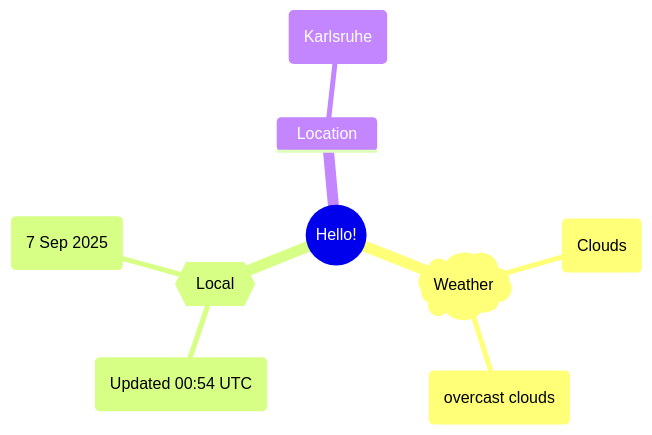
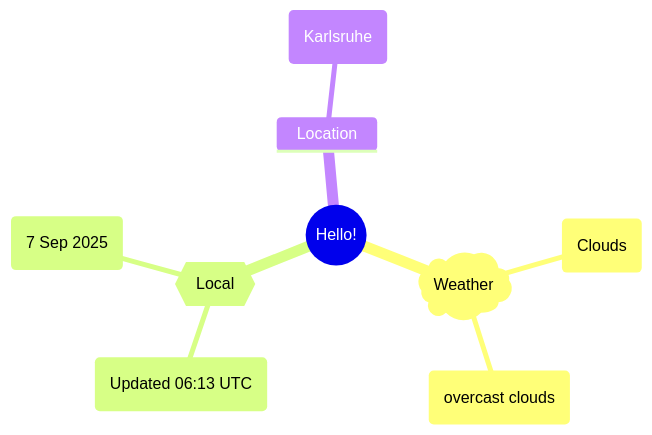
The first of 2 diagrams in README.md (Xosrov/Xosrov), drawn with Mermaid before and after one commit.

Commit message:
[bot] updated images

````diff
--- a/README.md
+++ b/README.md
@@ -3,12 +3,12 @@
 ```mermaid
 mindmap
   root((Hello!))
     )Weather(
         (Clouds)
         (overcast clouds)
     {{Local}}
-        (Updated 00:54 UTC)
+        (Updated 06:13 UTC)
         (7 Sep 2025)
     Location
         (Karlsruhe)
 ```
````
